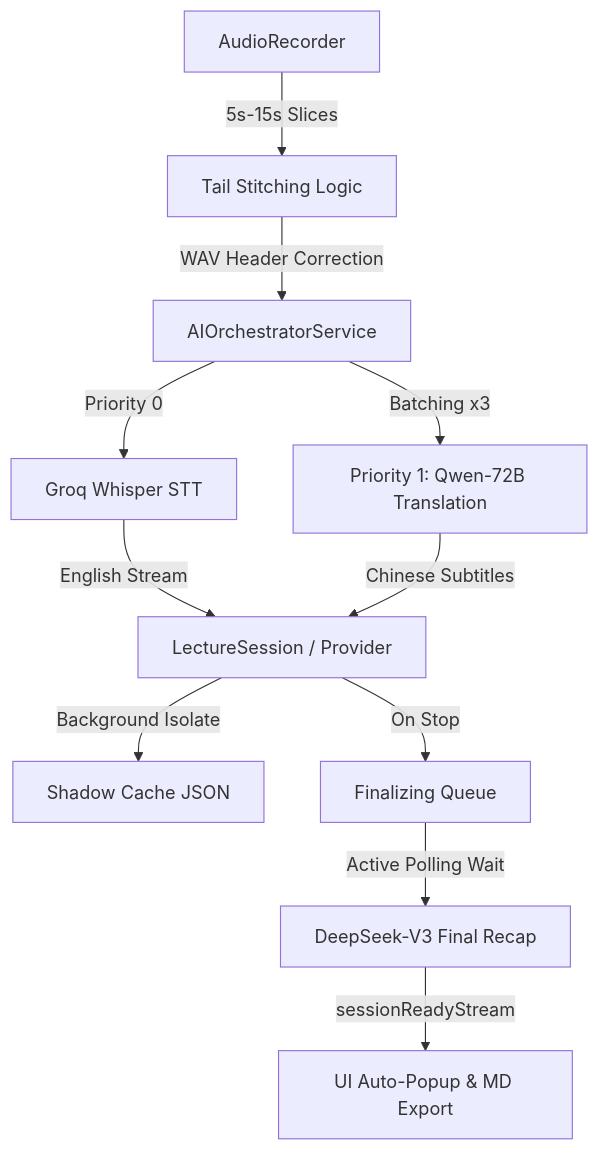
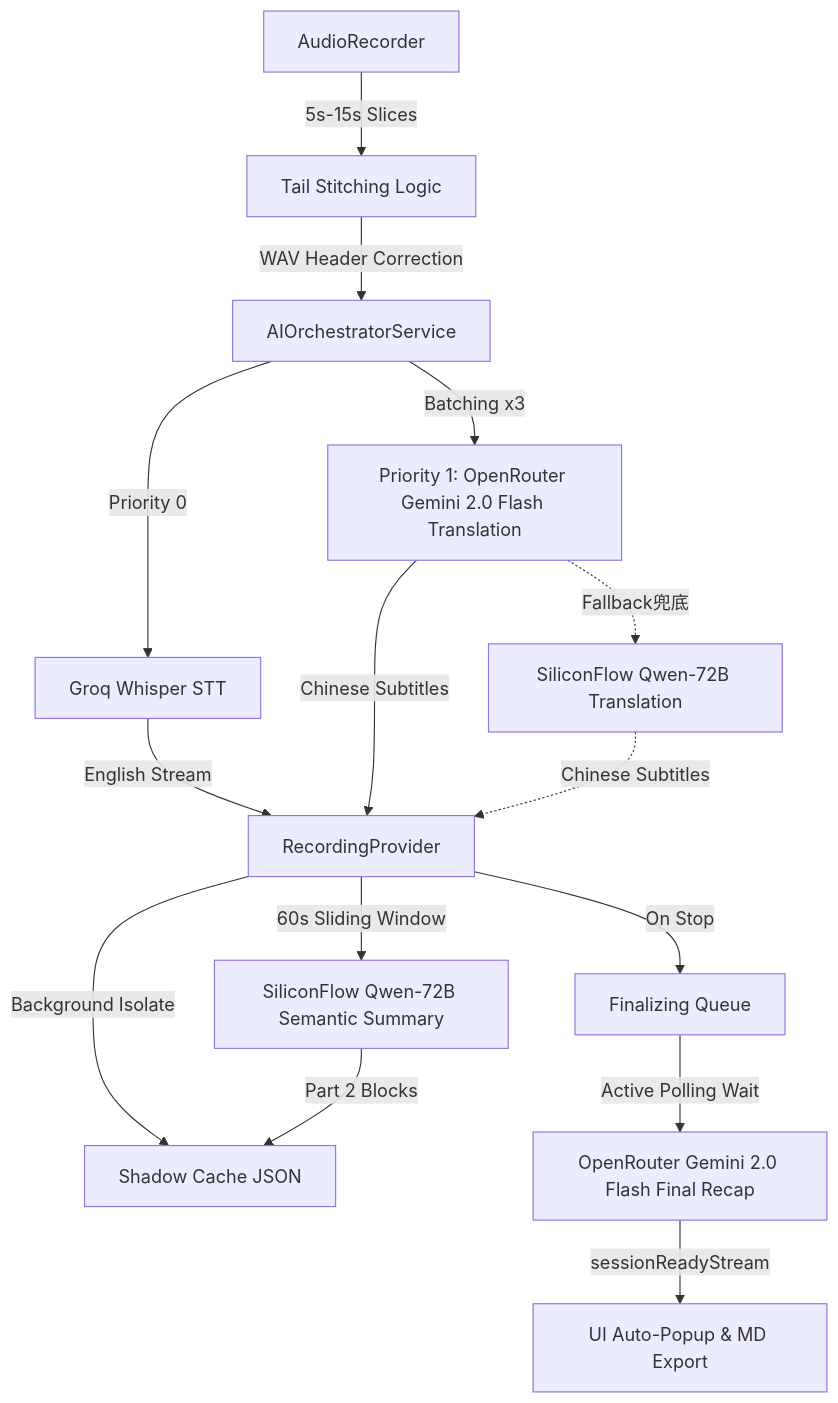
One commit to weiweicici/Jeff_notes changed the diagram in ARCHITECTURE.md. Above: the diagram before and after it, drawn with Mermaid. The commit also changed other lines of this file and 1 other file, not shown here.

Commit message:
feat: implement high-efficiency OpenRouter Gemini 2.0 Flash distributed routing and fix Discussion mode recap bug

````diff
--- a/ARCHITECTURE.md
+++ b/ARCHITECTURE.md
@@ -7,13 +7,17 @@
 ```mermaid
 graph TD
     A[AudioRecorder] -->|5s-15s Slices| B[Tail Stitching Logic]
     B -->|WAV Header Correction| C[AIOrchestratorService]
     C -->|Priority 0| D[Groq Whisper STT]
-    D -->|English Stream| E[LectureSession / Provider]
-    C -->|Batching x3| F[Priority 1: Qwen-72B Translation]
+    D -->|English Stream| E[RecordingProvider]
+    C -->|Batching x3| F[Priority 1: OpenRouter Gemini 2.0 Flash Translation]
     F -->|Chinese Subtitles| E
+    F -.->|Fallback兜底| SF[SiliconFlow Qwen-72B Translation]
+    SF -.->|Chinese Subtitles| E
     E -->|Background Isolate| G[Shadow Cache JSON]
     E -->|On Stop| H[Finalizing Queue]
-    H -->|Active Polling Wait| I[DeepSeek-V3 Final Recap]
+    H -->|Active Polling Wait| I[OpenRouter Gemini 2.0 Flash Final Recap]
+    E -->|60s Sliding Window| QW[SiliconFlow Qwen-72B Semantic Summary]
+    QW -->|Part 2 Blocks| G
     I -->|sessionReadyStream| J[UI Auto-Popup & MD Export]
 ```
````
